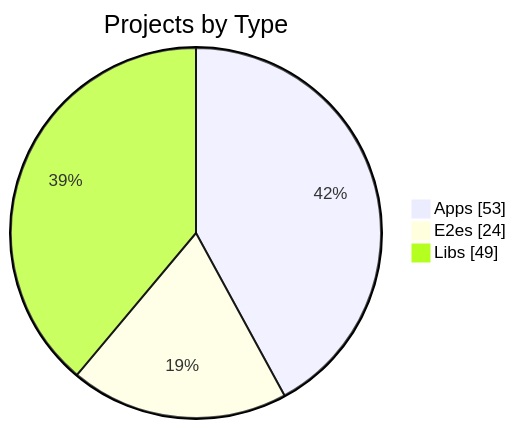
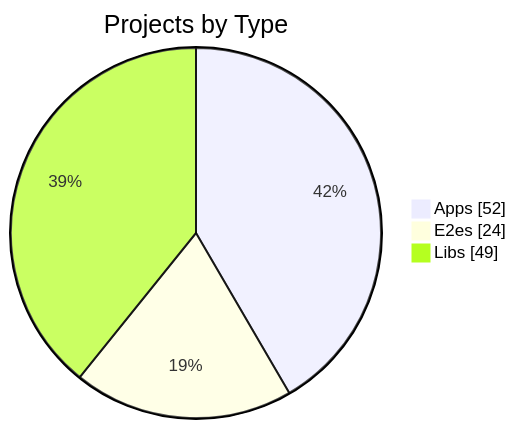
Before and after one commit to KBVE/kbve: the first of 3 diagrams in apps/kbve/astro-kbve/src/content/docs/dashboard/graph.mdx, drawn with Mermaid. The commit also changed other lines of this file and 8 other files, not shown here.

````diff
--- a/apps/kbve/astro-kbve/src/content/docs/dashboard/graph.mdx
+++ b/apps/kbve/astro-kbve/src/content/docs/dashboard/graph.mdx
@@ -56,7 +56,7 @@
 ```mermaid
 pie showData
     title Projects by Type
-    "Apps" : 53
+    "Apps" : 52
     "E2es" : 24
     "Libs" : 49
 ```
````
